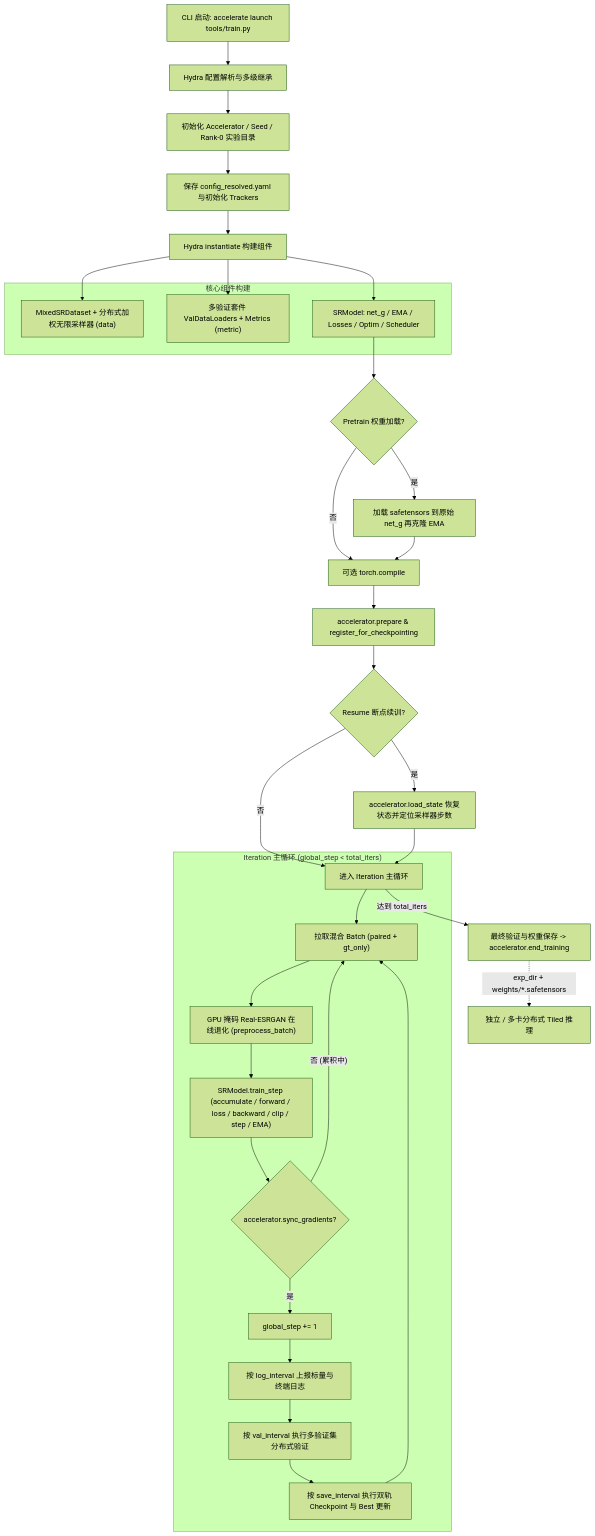
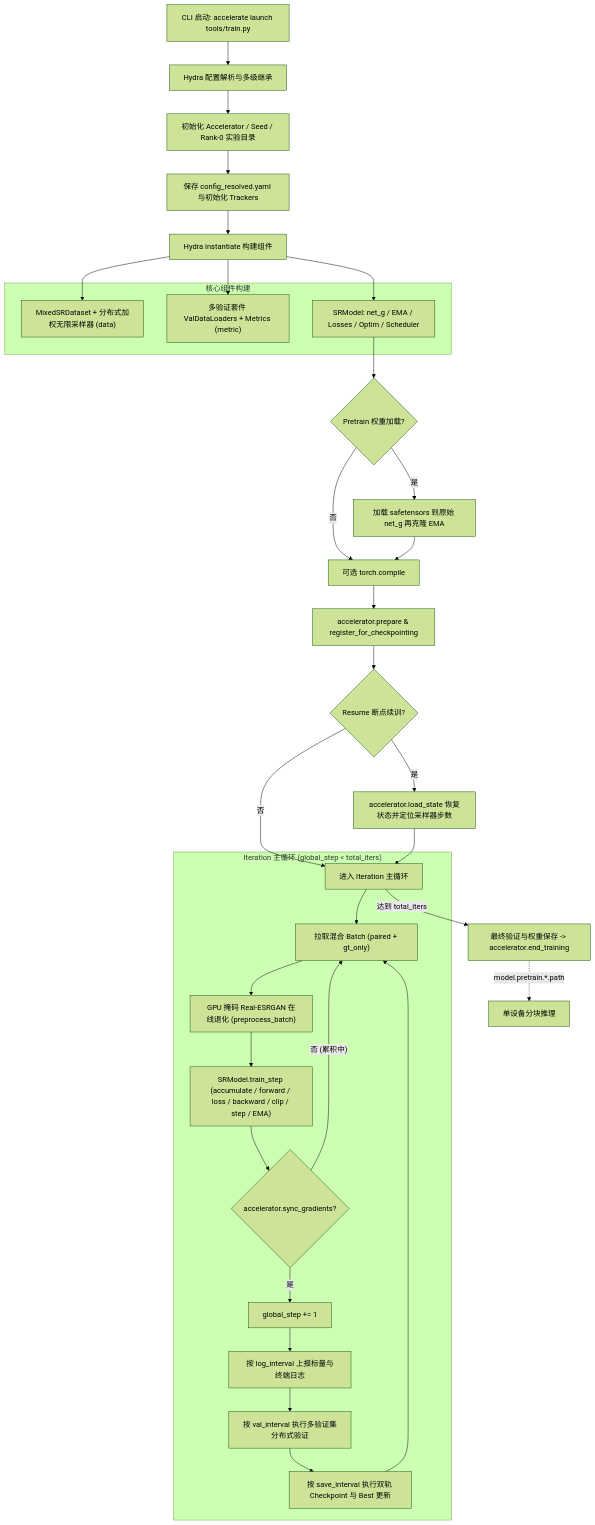
One commit to yqwu905/SRTrainer changed the first of 3 diagrams in docs/design.md. Above: the diagram before and after it, drawn with Mermaid (forest theme). The commit also changed other lines of this file and 21 other files, not shown here.

````diff
--- a/docs/design.md
+++ b/docs/design.md
@@ -31,41 +31,41 @@
 ```mermaid
 flowchart TD
     A["CLI 启动: accelerate launch tools/train.py"] --> B["Hydra 配置解析与多级继承"]
     B --> C["初始化 Accelerator / Seed / Rank-0 实验目录"]
     C --> D["保存 config_resolved.yaml 与初始化 Trackers"]
     D --> E["Hydra instantiate 构建组件"]
 
     subgraph Components["核心组件构建"]
         E1["MixedSRDataset + 分布式加权无限采样器 (data)"]
         E2["多验证套件 ValDataLoaders + Metrics (metric)"]
         E3["SRModel: net_g / EMA / Losses / Optim / Scheduler"]
     end
 
     E --> E1 & E2 & E3
     E3 --> F{"Pretrain 权重加载?"}
     F -- "是" --> F1["加载 safetensors 到原始 net_g 再克隆 EMA"]
     F -- "否" --> G["可选 torch.compile"]
     F1 --> G
 
     G --> H["accelerator.prepare & register_for_checkpointing"]
     H --> I{"Resume 断点续训?"}
     I -- "是" --> I1["accelerator.load_state 恢复状态并定位采样器步数"]
     I -- "否" --> J["进入 Iteration 主循环"]
     I1 --> J
 
     subgraph TrainLoop["Iteration 主循环 (global_step < total_iters)"]
         J --> K["拉取混合 Batch (paired + gt_only)"]
         K --> L["GPU 掩码 Real-ESRGAN 在线退化 (preprocess_batch)"]
         L --> M["SRModel.train_step (accumulate / forward / loss / backward / clip / step / EMA)"]
         M --> N{"accelerator.sync_gradients?"}
         N -- "否 (累积中)" --> K
         N -- "是" --> O["global_step += 1"]
         O --> P["按 log_interval 上报标量与终端日志"]
         P --> Q["按 val_interval 执行多验证集分布式验证"]
         Q --> R["按 save_interval 执行双轨 Checkpoint 与 Best 更新"]
         R --> K
     end
 
     J -- "达到 total_iters" --> S["最终验证与权重保存 -> accelerator.end_training"]
-    S -. "exp_dir + weights/*.safetensors" .-> T["独立 / 多卡分布式 Tiled 推理"]
+    S -. "model.pretrain.*.path" .-> T["单设备分块推理"]
 ```
````
